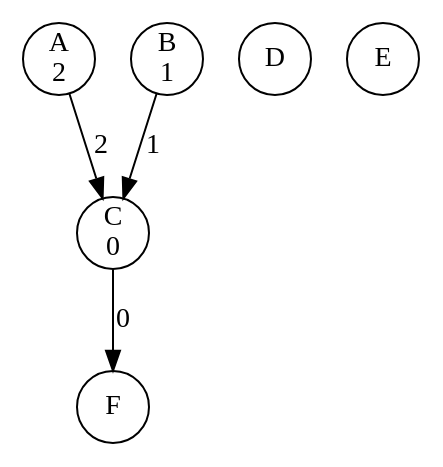
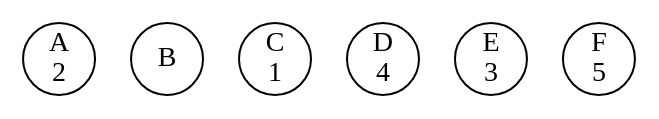
One commit to li23179/GO changed the diagram in concurrency-lab-2/bank/out/0000000006.gv. Above: the diagram before and after it, drawn with Graphviz. The commit also changed 25 other files, not shown here.

```diff
--- a/concurrency-lab-2/bank/out/0000000006.gv
+++ b/concurrency-lab-2/bank/out/0000000006.gv
@@ -1,11 +1,8 @@
 digraph bank {
 	 0 [label= "A\n2" , pos= "1,0!" , shape=circle, fixedsize=true, width=0.5 ]
-	 1 [label= "B\n1" , pos= "0,1!" , shape=circle, fixedsize=true, width=0.5 ]
-	 2 [label= "C\n0" , pos= "1,2!" , shape=circle, fixedsize=true, width=0.5 ]
-	 3 [label= "D\n" , pos= "2,2!" , shape=circle, fixedsize=true, width=0.5 ]
-	 4 [label= "E\n" , pos= "3,1!" , shape=circle, fixedsize=true, width=0.5 ]
-	 5 [label= "F\n" , pos= "2,0!" , shape=circle, fixedsize=true, width=0.5 ]
-	 "0" -> "2" [label= "2" ]
-	 "1" -> "2" [label= "1" ]
-	 "2" -> "5" [label= "0" ]
+	 1 [label= "B\n" , pos= "0,1!" , shape=circle, fixedsize=true, width=0.5 ]
+	 2 [label= "C\n1" , pos= "1,2!" , shape=circle, fixedsize=true, width=0.5 ]
+	 3 [label= "D\n4" , pos= "2,2!" , shape=circle, fixedsize=true, width=0.5 ]
+	 4 [label= "E\n3" , pos= "3,1!" , shape=circle, fixedsize=true, width=0.5 ]
+	 5 [label= "F\n5" , pos= "2,0!" , shape=circle, fixedsize=true, width=0.5 ]
 }
```
